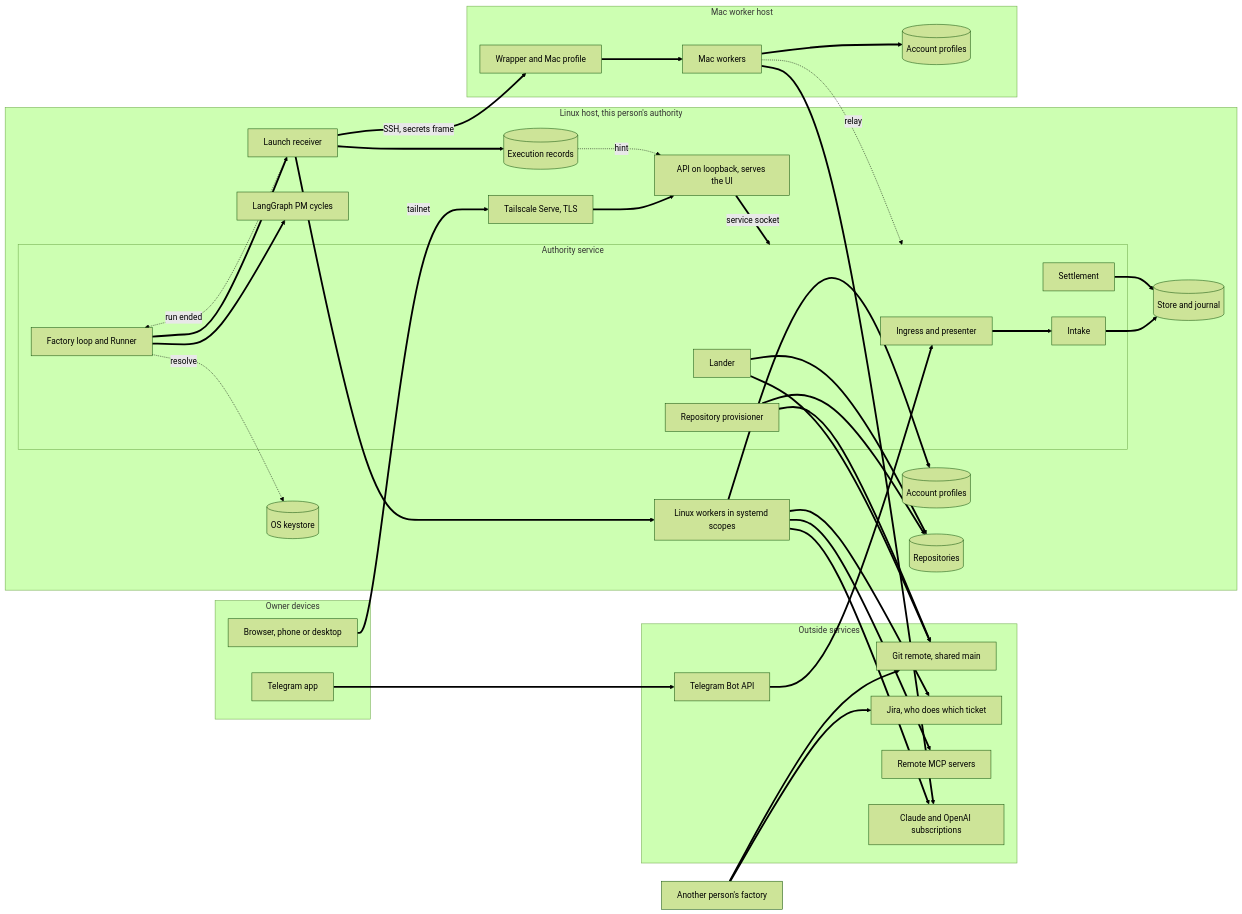
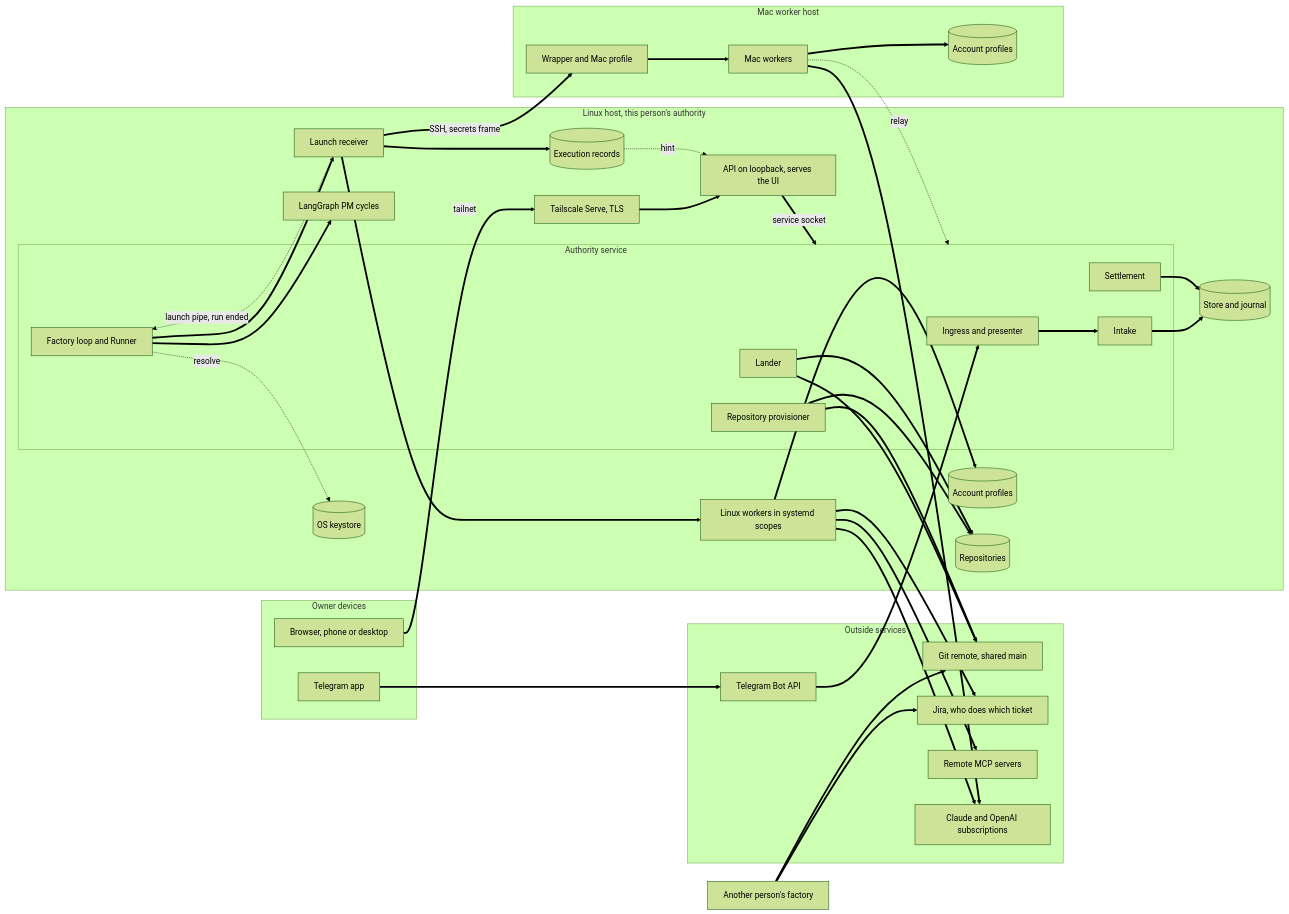
One commit to Bcengi/veldo changed the first of 2 diagrams in docs/design/PLAN-0019-operating-model-design.md. Above: the diagram before and after it, drawn with Mermaid (forest theme). The commit also changed other lines of this file, not shown here.

Commit message:
PLAN-0019 operating model design, revision 3: the second check's fixes (wrapper-side environment strip, whole-word new-project rule, launch-pipe wake, re-land approvals, Mac credential file and sandbox, factory project repository, read-only tools, section 15 wording)

````diff
--- a/docs/design/PLAN-0019-operating-model-design.md
+++ b/docs/design/PLAN-0019-operating-model-design.md
@@ -60,66 +60,66 @@
 ```mermaid
 flowchart LR
   subgraph devices["Owner devices"]
     tg["Telegram app"]
     br["Browser, phone or desktop"]
   end
   subgraph outside["Outside services"]
     tgapi["Telegram Bot API"]
     gh["Git remote, shared main"]
     jira["Jira, who does which ticket"]
     mcpr["Remote MCP servers"]
     subs["Claude and OpenAI subscriptions"]
   end
   subgraph linux["Linux host, this person's authority"]
     ts["Tailscale Serve, TLS"]
     api["API on loopback, serves the UI"]
     subgraph svc["Authority service"]
       ing["Ingress and presenter"]
       intake["Intake"]
       settle["Settlement"]
       loop["Factory loop and Runner"]
       prov["Repository provisioner"]
       land["Lander"]
     end
     store[("Store and journal")]
     lg["LangGraph PM cycles"]
     rcv["Launch receiver"]
     wl["Linux workers in systemd scopes"]
     rec[("Execution records")]
     ks[("OS keystore")]
     prof[("Account profiles")]
     repos[("Repositories")]
   end
   subgraph mac["Mac worker host"]
     wrap["Wrapper and Mac profile"]
     wm["Mac workers"]
     mprof[("Account profiles")]
   end
   other["Another person's factory"]
   tg ==> tgapi ==> ing
   br ==>|tailnet| ts ==> api
   api ==>|service socket| svc
   ing ==> intake ==> store
   settle ==> store
   loop ==> lg
   loop ==> rcv
-  rcv -.->|run ended| loop
+  rcv -.->|launch pipe, run ended| loop
   rcv ==> wl
   rcv ==>|SSH, secrets frame| wrap ==> wm
   wm -.->|relay| svc
   rcv ==> rec
   rec -.->|hint| api
   loop -.->|resolve| ks
   wl ==> prof
   wm ==> mprof
   wl ==> subs
   wm ==> subs
   wl ==> mcpr
   wl ==> jira
   land ==> gh
   prov ==> gh
   prov ==> repos
   land ==> repos
   other ==> gh
   other ==> jira
 ```
````
